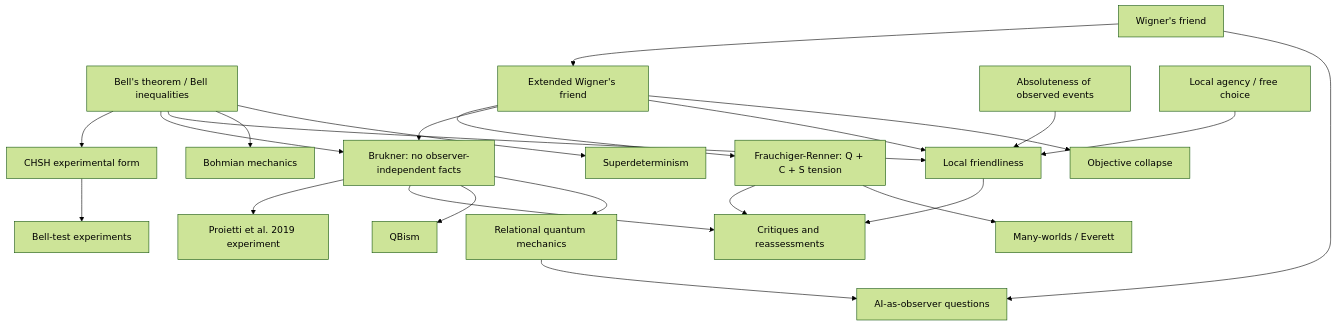
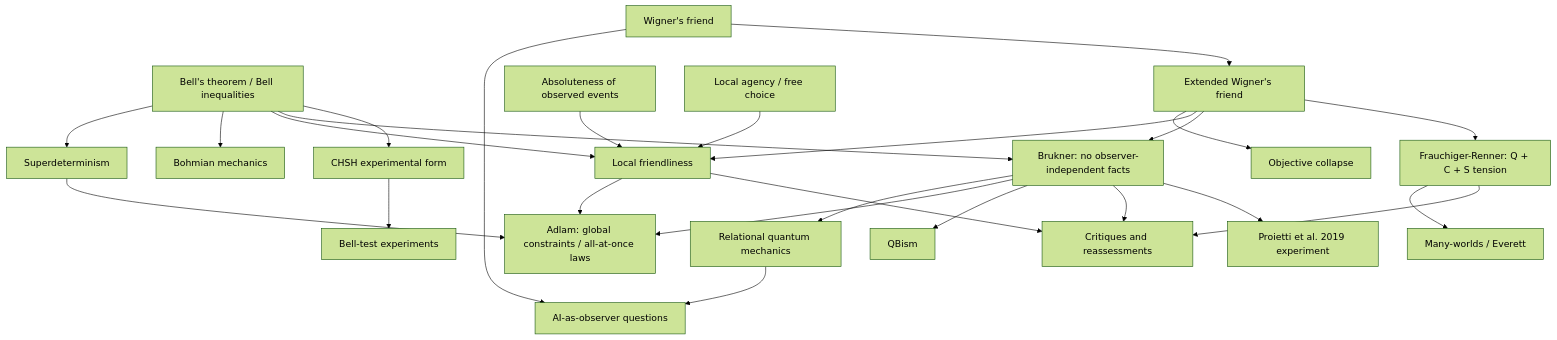
Before and after one commit to cw4444/charli-kb: the diagram in maps/concept-map.mmd, drawn with Mermaid (forest theme). The commit also changed 12 other files, not shown here.

```diff
--- a/maps/concept-map.mmd
+++ b/maps/concept-map.mmd
@@ -1,42 +1,46 @@
 flowchart TD
   Bell["Bell's theorem / Bell inequalities"]
   CHSH["CHSH experimental form"]
   Tests["Bell-test experiments"]
   Wigner["Wigner's friend"]
   EWF["Extended Wigner's friend"]
   FR["Frauchiger-Renner: Q + C + S tension"]
   Brukner["Brukner: no observer-independent facts"]
   Proietti["Proietti et al. 2019 experiment"]
   LF["Local friendliness"]
   AOE["Absoluteness of observed events"]
   LA["Local agency / free choice"]
   Critiques["Critiques and reassessments"]
   QBism["QBism"]
+  Adlam["Adlam: global constraints / all-at-once laws"]
   RQM["Relational quantum mechanics"]
   MWI["Many-worlds / Everett"]
   Collapse["Objective collapse"]
   Bohm["Bohmian mechanics"]
   Superdet["Superdeterminism"]
   AI["AI-as-observer questions"]
 
   Bell --> CHSH --> Tests
   Bell --> Brukner
   Bell --> LF
   Wigner --> EWF
   EWF --> FR
   EWF --> Brukner
   Brukner --> Proietti
   EWF --> LF
   AOE --> LF
   LA --> LF
   LF --> Critiques
   Brukner --> Critiques
   FR --> Critiques
   Brukner --> QBism
+  Brukner --> Adlam
+  LF --> Adlam
+  Superdet --> Adlam
   Brukner --> RQM
   FR --> MWI
   EWF --> Collapse
   Bell --> Bohm
   Bell --> Superdet
   Wigner --> AI
   RQM --> AI
```
